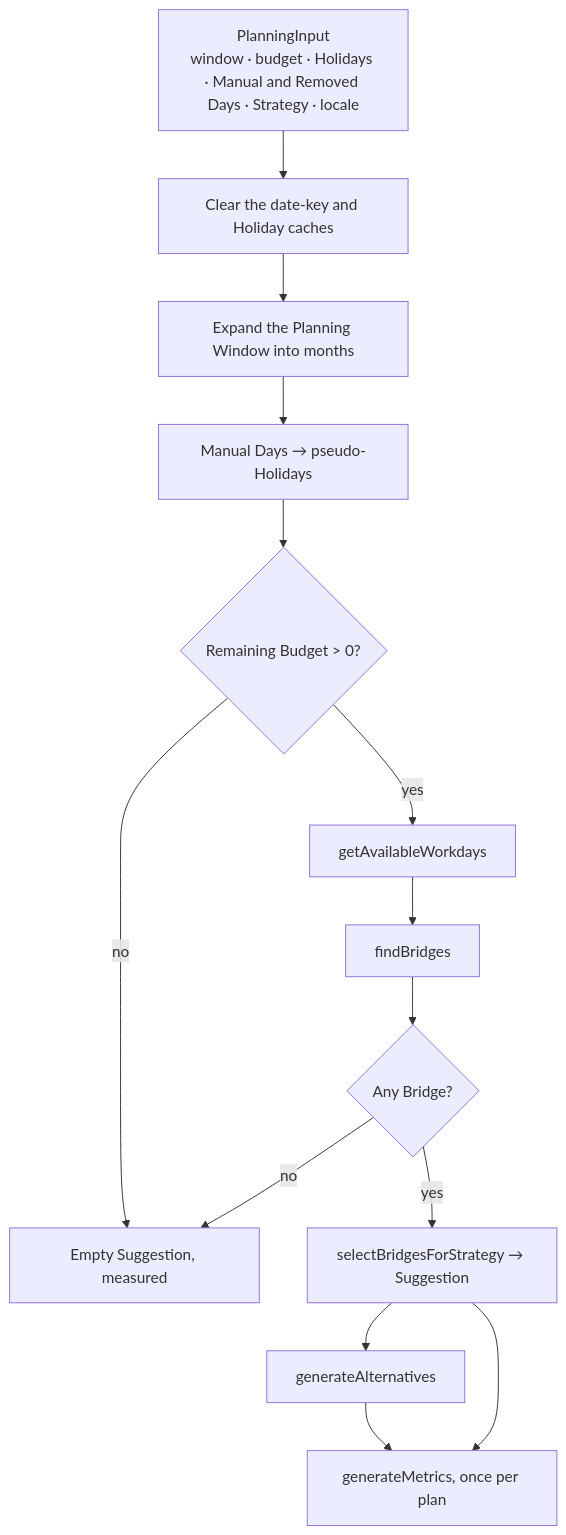
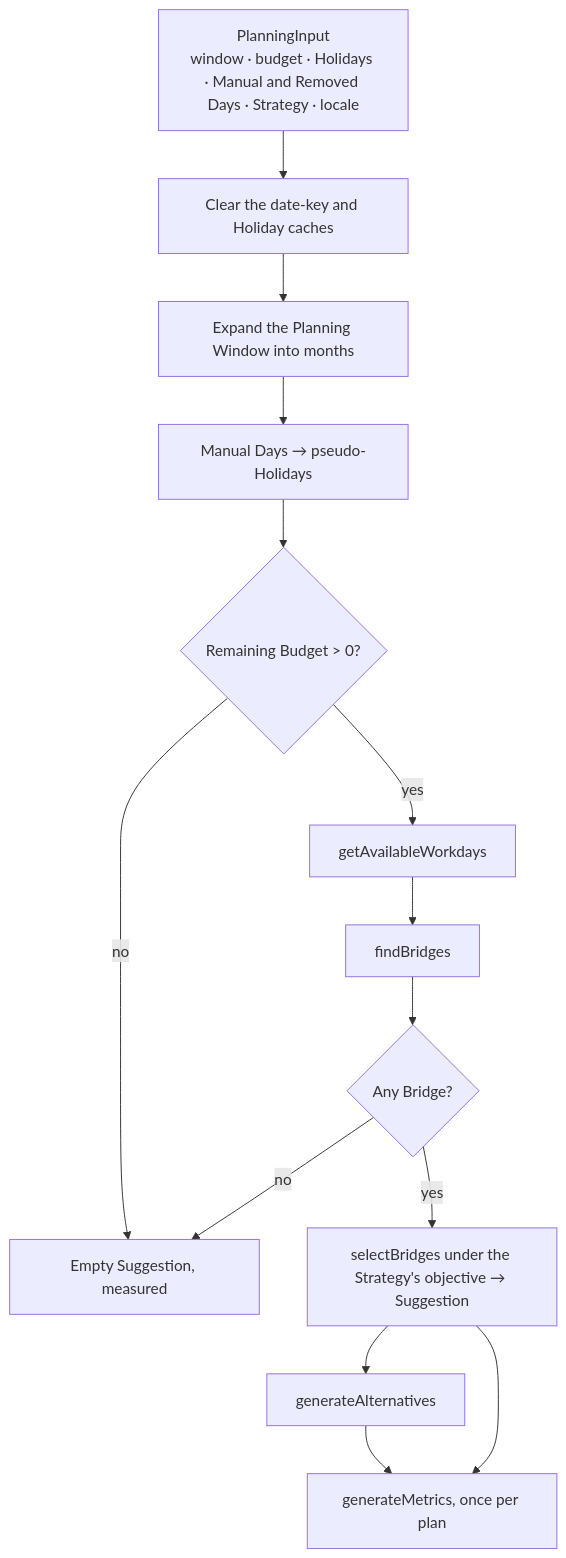
Before and after one commit to fbuireu/forever-pto: the first of 4 diagrams in apps/docs/src/content/docs/how-it-works/planning-algorithm.mdx, drawn with Mermaid. The commit also changed other lines of this file and 232 other files, not shown here.

````diff
--- a/apps/docs/src/content/docs/how-it-works/planning-algorithm.mdx
+++ b/apps/docs/src/content/docs/how-it-works/planning-algorithm.mdx
@@ -13,21 +13,21 @@
 ```mermaid
 flowchart TD
   IN[PlanningInput<br/>window · budget · Holidays · Manual and Removed Days · Strategy · locale]
   CLR[Clear the date-key and Holiday caches]
   WIN[Expand the Planning Window into months]
   PSEUDO[Manual Days → pseudo-Holidays]
   BUD{Remaining Budget > 0?}
   WD[getAvailableWorkdays]
   BR[findBridges]
   ANY{Any Bridge?}
-  SEL[selectBridgesForStrategy → Suggestion]
+  SEL[selectBridges under the Strategy's objective → Suggestion]
   ALT[generateAlternatives]
   MET[generateMetrics, once per plan]
   EMPTY[Empty Suggestion, measured]
   IN --> CLR --> WIN --> PSEUDO --> BUD
   BUD -- no --> EMPTY
   BUD -- yes --> WD --> BR --> ANY
   ANY -- no --> EMPTY
   ANY -- yes --> SEL --> ALT --> MET
   SEL --> MET
 ```
````
